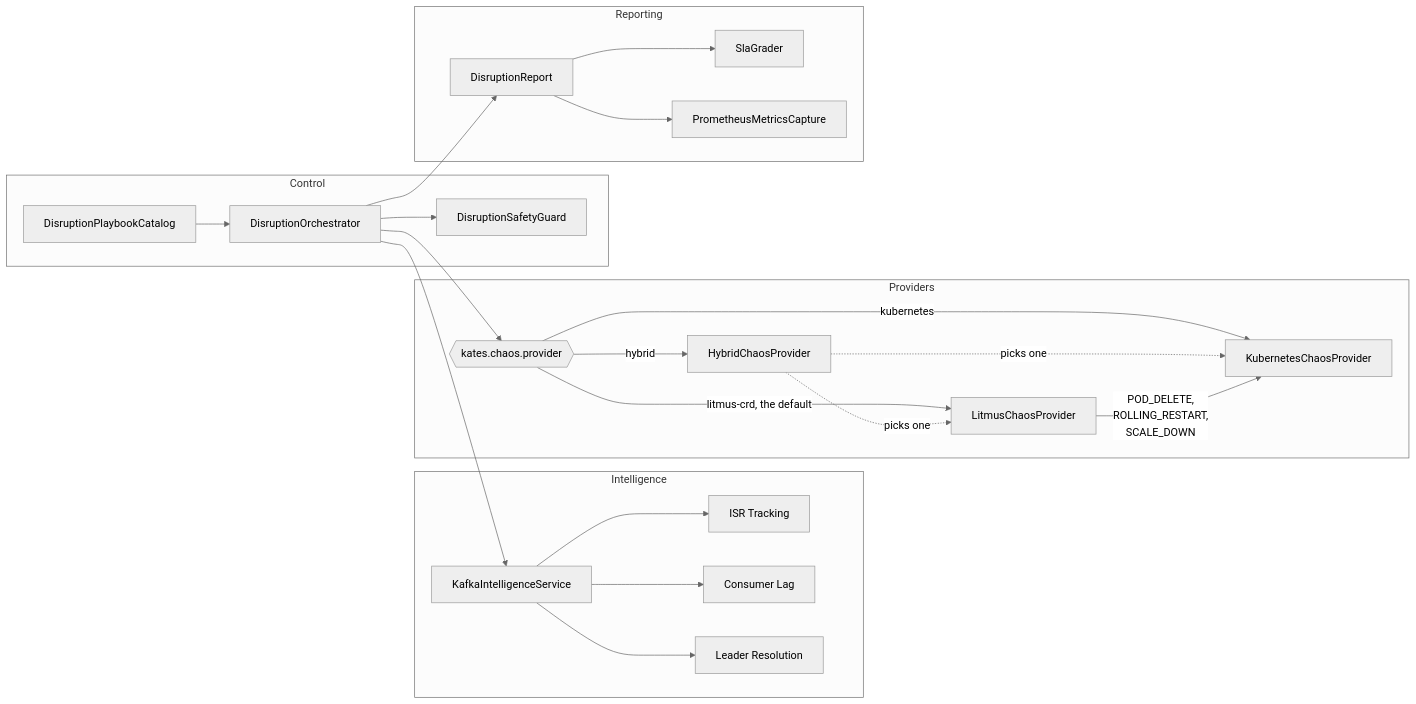
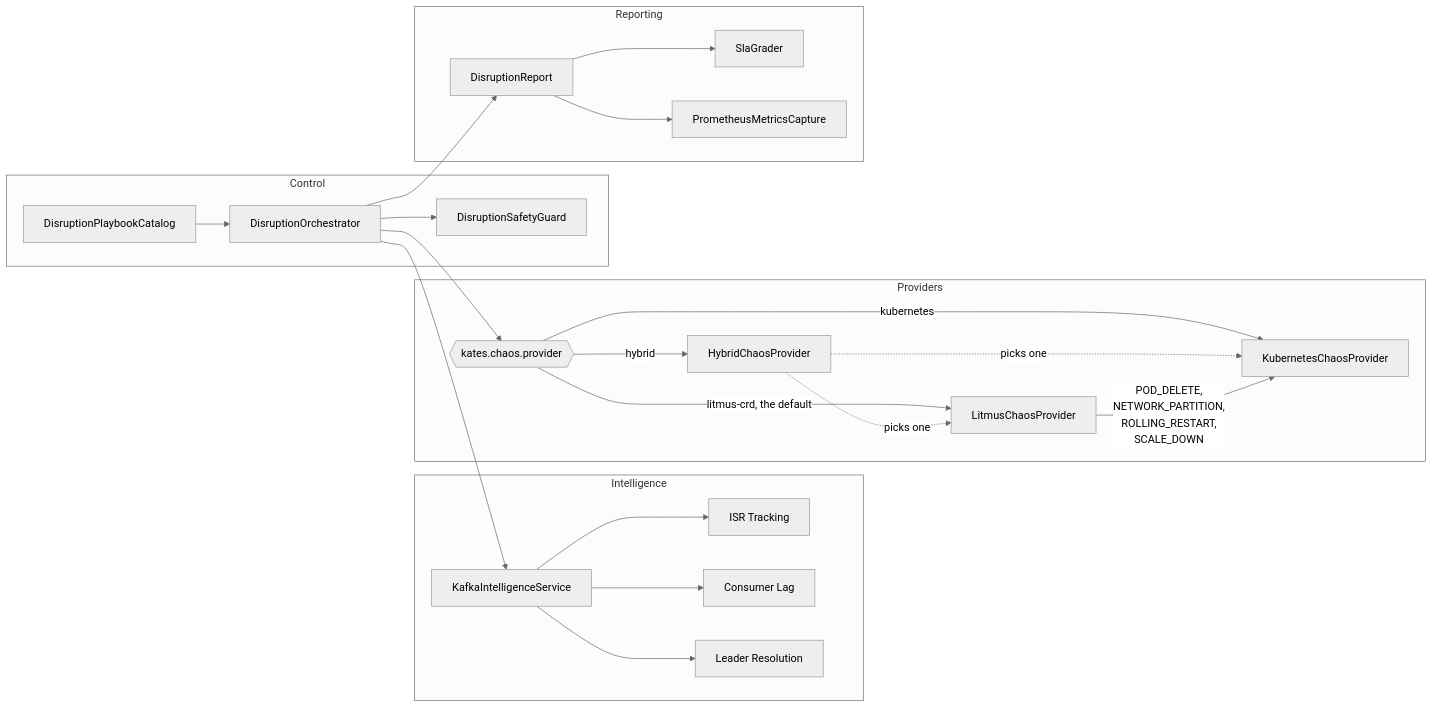
Before and after one commit to actions-marketplace-validations/bmscomp_kates: the fourth of 8 diagrams in docs/book/02-architecture.md, drawn with Mermaid (neutral theme). The commit also changed other lines of this file and 20 other files, not shown here.

First line of the commit message:
fix(chaos): close the Litmus paths around the namespace guard (#429)

````diff
--- a/docs/book/02-architecture.md
+++ b/docs/book/02-architecture.md
@@ -175,48 +175,48 @@
 ```mermaid
 %%| label: fig-architecture-disruption-engine
 %%| fig-cap: "A disruption plan's orchestrator checks the plan, reads Kafka's state, and hands every fault to the one chaos provider that kates.chaos.provider selects."
-%%| fig-alt: "Flowchart in four groups. Control: the playbook catalog feeds the disruption orchestrator, which calls the safety guard. Intelligence: the Kafka intelligence service provides ISR tracking, consumer lag and leader resolution. Providers: the setting kates.chaos.provider selects the Litmus provider by default, the Kubernetes provider, or the hybrid provider, which picks one of the two; the Litmus provider sends POD_DELETE, ROLLING_RESTART and SCALE_DOWN to the Kubernetes provider. Reporting: the orchestrator writes a disruption report, graded by the SLA grader and fed by the Prometheus metrics capture."
+%%| fig-alt: "Flowchart in four groups. Control: the playbook catalog feeds the disruption orchestrator, which calls the safety guard. Intelligence: the Kafka intelligence service provides ISR tracking, consumer lag and leader resolution. Providers: the setting kates.chaos.provider selects the Litmus provider by default, the Kubernetes provider, or the hybrid provider, which picks one of the two; the Litmus provider sends POD_DELETE, NETWORK_PARTITION, ROLLING_RESTART and SCALE_DOWN to the Kubernetes provider. Reporting: the orchestrator writes a disruption report, graded by the SLA grader and fed by the Prometheus metrics capture."
 graph LR
     subgraph Control
         DO[DisruptionOrchestrator]
         DSG[DisruptionSafetyGuard]
         DPC[DisruptionPlaybookCatalog]
     end
     
     subgraph Intelligence
         KIS[KafkaIntelligenceService]
         ISR[ISR Tracking]
         LAG[Consumer Lag]
         LEAD[Leader Resolution]
     end
     
     subgraph Providers
         CP{{kates.chaos.provider}}
         HCP[HybridChaosProvider]
         KCP[KubernetesChaosProvider]
         LCP[LitmusChaosProvider]
     end
     
     subgraph Reporting
         DR[DisruptionReport]
         SG[SlaGrader]
         PMC[PrometheusMetricsCapture]
     end
     
     DO --> DSG
     DO --> KIS
     DO --> CP
     DO --> DR
     DPC --> DO
     KIS --> ISR
     KIS --> LAG
     KIS --> LEAD
     CP -->|"litmus-crd, the default"| LCP
     CP -->|kubernetes| KCP
     CP -->|hybrid| HCP
     HCP -.->|picks one| LCP
     HCP -.->|picks one| KCP
-    LCP -->|"POD_DELETE,<br/>ROLLING_RESTART,<br/>SCALE_DOWN"| KCP
+    LCP -->|"POD_DELETE,<br/>NETWORK_PARTITION,<br/>ROLLING_RESTART,<br/>SCALE_DOWN"| KCP
     DR --> SG
     DR --> PMC
 ```
````
